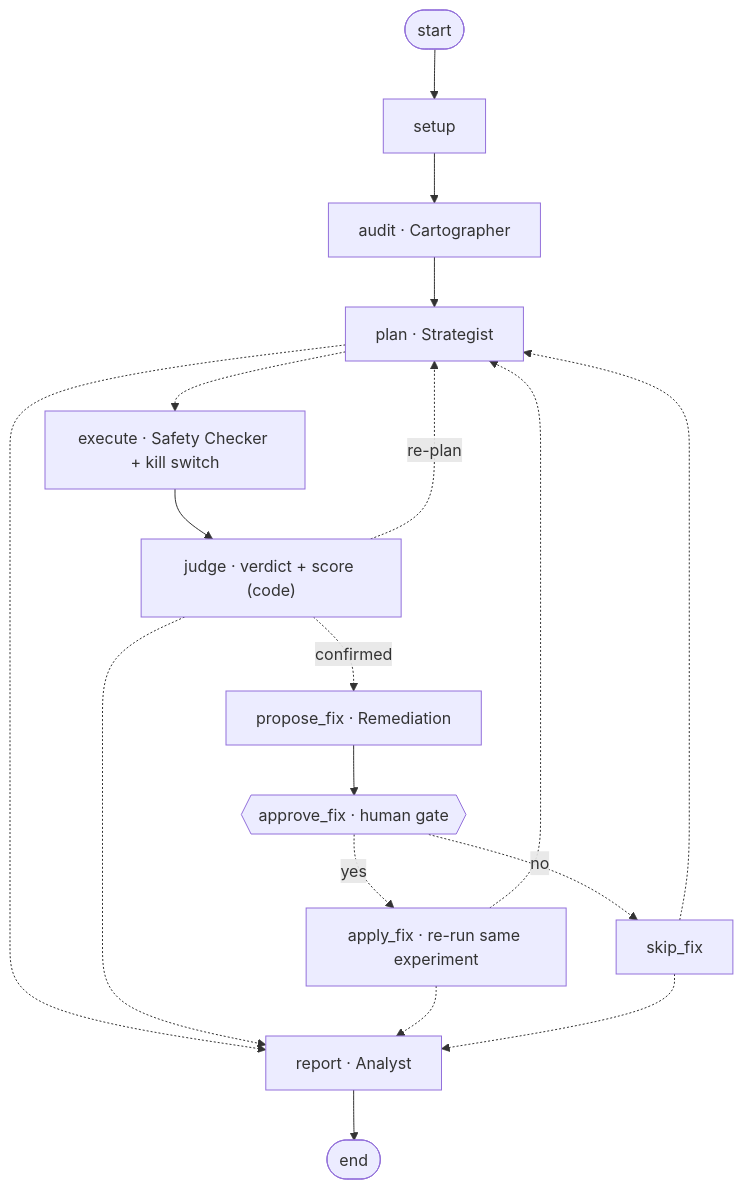
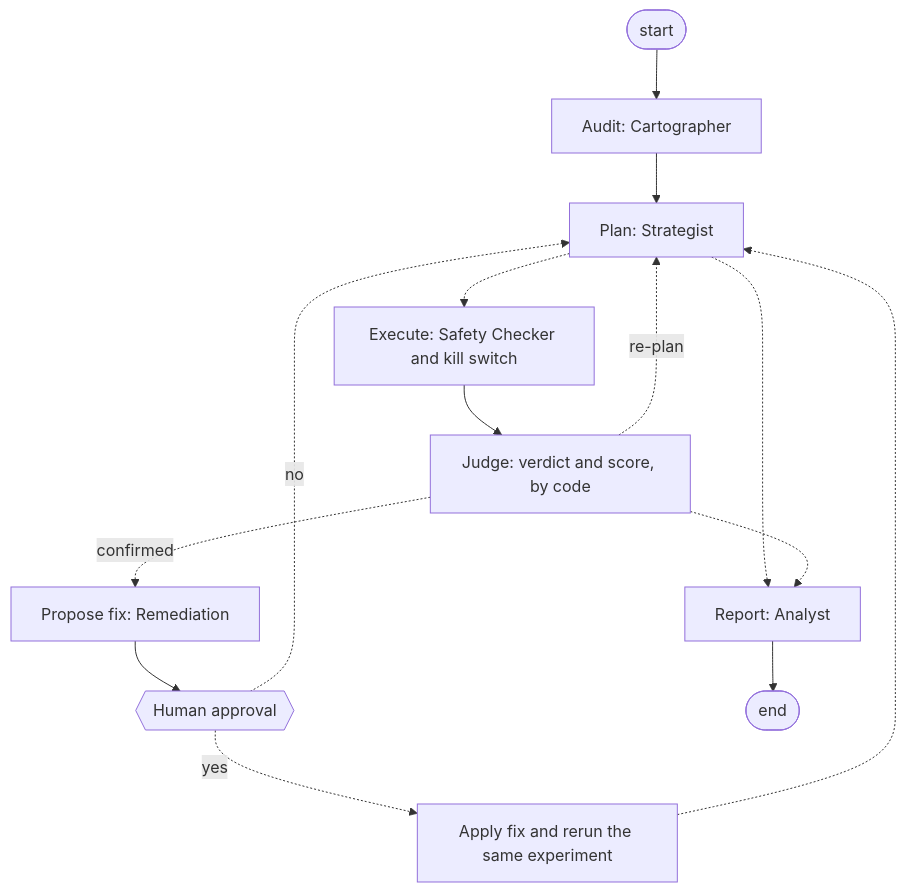
One commit to Gotha8972/FantasticFour changed the diagram in README.md. Above: the diagram before and after it, drawn with Mermaid. The commit also changed other lines of this file and 15 other files, not shown here.

Commit message:
Submission-ready deliverables: README, findings report (11 ranked findings from all 8 AI runs and manual evidence), architecture overview and team form rewritten; scoreboard covers all 8 runs and 11 AI-loop fixes; coverage table brought up to date; plain punctuation throughout

````diff
--- a/README.md
+++ b/README.md
@@ -29,13 +28,13 @@
 ```mermaid
 graph TD;
-	start([start]) --> setup --> audit["audit · Cartographer"] --> plan["plan · Strategist"];
-	plan -.-> execute["execute · Safety Checker + kill switch"] --> judge["judge · verdict + score (code)"];
-	plan -.-> report["report · Analyst"];
-	judge -.->|re-plan| plan;
-	judge -.->|confirmed| propose_fix["propose_fix · Remediation"] --> approve_fix{{"approve_fix · human gate"}};
-	approve_fix -.->|yes| apply_fix["apply_fix · re-run same experiment"];
-	approve_fix -.->|no| skip_fix;
-	apply_fix -.-> plan; skip_fix -.-> plan;
-	judge -.-> report; apply_fix -.-> report; skip_fix -.-> report;
-	report --> done([end]);
+    start([start]) --> audit["Audit: Cartographer"] --> plan["Plan: Strategist"];
+    plan -.-> execute["Execute: Safety Checker and kill switch"] --> judge["Judge: verdict and score, by code"];
+    plan -.-> report["Report: Analyst"];
+    judge -.->|re-plan| plan;
+    judge -.->|confirmed| propose_fix["Propose fix: Remediation"] --> approve_fix{{"Human approval"}};
+    approve_fix -.->|yes| apply_fix["Apply fix and rerun the same experiment"];
+    approve_fix -.->|no| plan;
+    apply_fix -.-> plan;
+    judge -.-> report;
+    report --> done([end]);
 ```
````
